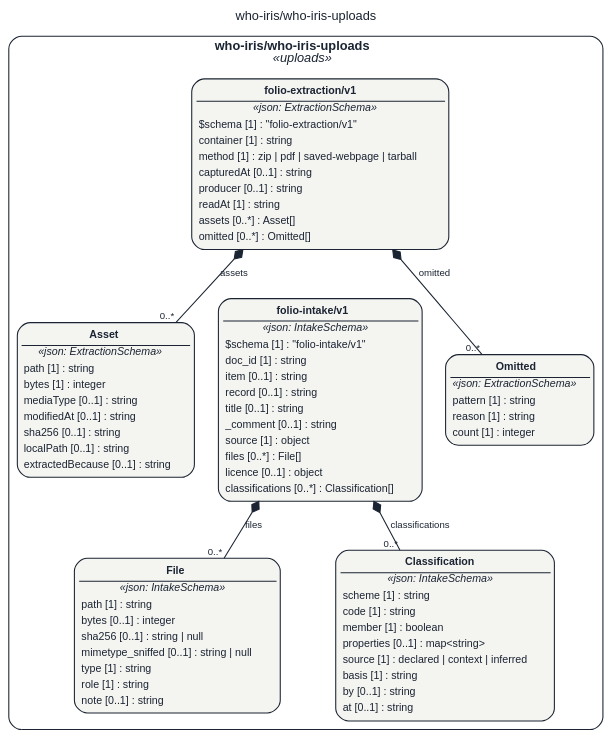
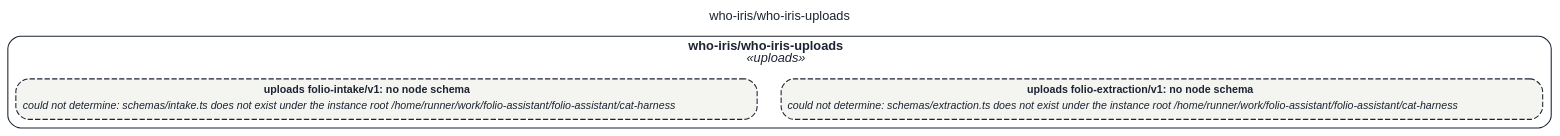
Before and after one commit to litlfred/folio-assistant: the diagram in assets/img/uml/overview/who-iris/who-iris-uploads.dot, drawn with Graphviz. The commit also changed 20371 other files, not shown here.

```diff
--- a/assets/img/uml/overview/who-iris/who-iris-uploads.dot
+++ b/assets/img/uml/overview/who-iris/who-iris-uploads.dot
@@ -1,23 +1,12 @@
 // GENERATED by cat-harness-tools/scripts/gen-uml-overview.ts — do not edit.
 // Rendered page (interactive view, same model): https://litlfred.github.io/folio-assistant/uml/overview/who-iris/who-iris-uploads.html
 digraph "who_iris_who_iris_uploads" {
   graph [label="who-iris/who-iris-uploads", labelloc=t, fontname="Helvetica", fontsize=12, fontcolor="#1b2432", newrank=true, ratio=auto, nodesep=0.3, ranksep=0.5, bgcolor="transparent"];
   node [shape=box, style="rounded,filled", margin=0.05, fontname="Helvetica", fontsize=10, color="#1b2432", fontcolor="#1b2432"];
   edge [color="#1b2432", fontcolor="#1b2432", fontname="Helvetica", fontsize=9];
   subgraph "cluster_pkg_who_iris_who_iris_uploads" {
     label=<<b>who-iris/who-iris-uploads</b><br/><i>«uploads»</i>>; style="rounded"; color="#1b2432"; class="fa_uml_subgraph";
-    "who_iris_who_iris_uploads_folio_extraction_v1_Asset" [fillcolor="#f4f4f1", class="fa_uml_kind_uploads", label=<<table border="0" cellborder="0" cellspacing="0" cellpadding="2"><tr><td border="1" sides="b"><b>Asset</b></td></tr><tr><td><i>«json: ExtractionSchema»</i></td></tr><tr><td align="left">path [1] : string</td></tr><tr><td align="left">bytes [1] : integer</td></tr><tr><td align="left">mediaType [0..1] : string</td></tr><tr><td align="left">modifiedAt [0..1] : string</td></tr><tr><td align="left">sha256 [0..1] : string</td></tr><tr><td align="left">localPath [0..1] : string</td></tr><tr><td align="left">extractedBecause [0..1] : string</td></tr></table>>];
-    "who_iris_who_iris_uploads_folio_extraction_v1_Omitted" [fillcolor="#f4f4f1", class="fa_uml_kind_uploads", label=<<table border="0" cellborder="0" cellspacing="0" cellpadding="2"><tr><td border="1" sides="b"><b>Omitted</b></td></tr><tr><td><i>«json: ExtractionSchema»</i></td></tr><tr><td align="left">pattern [1] : string</td></tr><tr><td align="left">reason [1] : string</td></tr><tr><td align="left">count [1] : integer</td></tr></table>>];
-    "who_iris_who_iris_uploads_folio_extraction_v1_folio_extraction_v1" [fillcolor="#f4f4f1", class="fa_uml_kind_uploads", label=<<table border="0" cellborder="0" cellspacing="0" cellpadding="2"><tr><td border="1" sides="b"><b>folio-extraction/v1</b></td></tr><tr><td><i>«json: ExtractionSchema»</i></td></tr><tr><td align="left">$schema [1] : &quot;folio-extraction/v1&quot;</td></tr><tr><td align="left">container [1] : string</td></tr><tr><td align="left">method [1] : zip | pdf | saved-webpage | tarball</td></tr><tr><td align="left">capturedAt [0..1] : string</td></tr><tr><td align="left">producer [0..1] : string</td></tr><tr><td align="left">readAt [1] : string</td></tr><tr><td align="left">assets [0..*] : Asset[]</td></tr><tr><td align="left">omitted [0..*] : Omitted[]</td></tr></table>>];
-    "who_iris_who_iris_uploads_folio_intake_v1_File" [fillcolor="#f4f4f1", class="fa_uml_kind_uploads", label=<<table border="0" cellborder="0" cellspacing="0" cellpadding="2"><tr><td border="1" sides="b"><b>File</b></td></tr><tr><td><i>«json: IntakeSchema»</i></td></tr><tr><td align="left">path [1] : string</td></tr><tr><td align="left">bytes [0..1] : integer</td></tr><tr><td align="left">sha256 [0..1] : string | null</td></tr><tr><td align="left">mimetype_sniffed [0..1] : string | null</td></tr><tr><td align="left">type [1] : string</td></tr><tr><td align="left">role [1] : string</td></tr><tr><td align="left">note [0..1] : string</td></tr></table>>];
-    "who_iris_who_iris_uploads_folio_intake_v1_Classification" [fillcolor="#f4f4f1", class="fa_uml_kind_uploads", label=<<table border="0" cellborder="0" cellspacing="0" cellpadding="2"><tr><td border="1" sides="b"><b>Classification</b></td></tr><tr><td><i>«json: IntakeSchema»</i></td></tr><tr><td align="left">scheme [1] : string</td></tr><tr><td align="left">code [1] : string</td></tr><tr><td align="left">member [1] : boolean</td></tr><tr><td align="left">properties [0..1] : map&lt;string&gt;</td></tr><tr><td align="left">source [1] : declared | context | inferred</td></tr><tr><td align="left">basis [1] : string</td></tr><tr><td align="left">by [0..1] : string</td></tr><tr><td align="left">at [0..1] : string</td></tr></table>>];
-    "who_iris_who_iris_uploads_folio_intake_v1_folio_intake_v1" [fillcolor="#f4f4f1", class="fa_uml_kind_uploads", label=<<table border="0" cellborder="0" cellspacing="0" cellpadding="2"><tr><td border="1" sides="b"><b>folio-intake/v1</b></td></tr><tr><td><i>«json: IntakeSchema»</i></td></tr><tr><td align="left">$schema [1] : &quot;folio-intake/v1&quot;</td></tr><tr><td align="left">doc_id [1] : string</td></tr><tr><td align="left">item [0..1] : string</td></tr><tr><td align="left">record [0..1] : string</td></tr><tr><td align="left">title [0..1] : string</td></tr><tr><td align="left">_comment [0..1] : string</td></tr><tr><td align="left">source [1] : object</td></tr><tr><td align="left">files [0..*] : File[]</td></tr><tr><td align="left">licence [0..1] : object</td></tr><tr><td align="left">classifications [0..*] : Classification[]</td></tr></table>>];
+    "n_who_iris_who_iris_uploads_uploads_folio_extraction_v1" [style="rounded,filled,dashed", fillcolor="#f4f4f1", class="fa_uml_kind_uploads_folio_extraction_v1 fa_uml_undetermined", label=<<table border="0" cellborder="0" cellspacing="0" cellpadding="2"><tr><td><b>uploads folio-extraction/v1: no node schema</b></td></tr><tr><td align="left"><i>could not determine: schemas/extraction.ts does not exist under the instance root /home/runner/work/folio-assistant/folio-assistant/cat-harness</i></td></tr></table>>];
+    "n_who_iris_who_iris_uploads_uploads_folio_intake_v1" [style="rounded,filled,dashed", fillcolor="#f4f4f1", class="fa_uml_kind_uploads_folio_intake_v1 fa_uml_undetermined", label=<<table border="0" cellborder="0" cellspacing="0" cellpadding="2"><tr><td><b>uploads folio-intake/v1: no node schema</b></td></tr><tr><td align="left"><i>could not determine: schemas/intake.ts does not exist under the instance root /home/runner/work/folio-assistant/folio-assistant/cat-harness</i></td></tr></table>>];
   }
-  "who_iris_who_iris_uploads_folio_extraction_v1_folio_extraction_v1" -> "who_iris_who_iris_uploads_folio_extraction_v1_Asset" [dir=both, arrowtail=diamond, arrowhead=none, label="assets", headlabel="0..*", class="fa_uml_composition"];
-  "who_iris_who_iris_uploads_folio_extraction_v1_folio_extraction_v1" -> "who_iris_who_iris_uploads_folio_extraction_v1_Omitted" [dir=both, arrowtail=diamond, arrowhead=none, label="omitted", headlabel="0..*", class="fa_uml_composition"];
-  "who_iris_who_iris_uploads_folio_intake_v1_folio_intake_v1" -> "who_iris_who_iris_uploads_folio_intake_v1_File" [dir=both, arrowtail=diamond, arrowhead=none, label="files", headlabel="0..*", class="fa_uml_composition"];
-  "who_iris_who_iris_uploads_folio_intake_v1_folio_intake_v1" -> "who_iris_who_iris_uploads_folio_intake_v1_Classification" [dir=both, arrowtail=diamond, arrowhead=none, label="classifications", headlabel="0..*", class="fa_uml_composition"];
-  "who_iris_who_iris_uploads_folio_extraction_v1_Asset" -> "who_iris_who_iris_uploads_folio_intake_v1_File" [style=invis, class="kg-graph-anchor"];
-  "who_iris_who_iris_uploads_folio_extraction_v1_Omitted" -> "who_iris_who_iris_uploads_folio_intake_v1_Classification" [style=invis, class="kg-graph-anchor"];
-  "who_iris_who_iris_uploads_folio_extraction_v1_folio_extraction_v1" -> "who_iris_who_iris_uploads_folio_intake_v1_folio_intake_v1" [style=invis, class="kg-graph-anchor"];
 }
```
